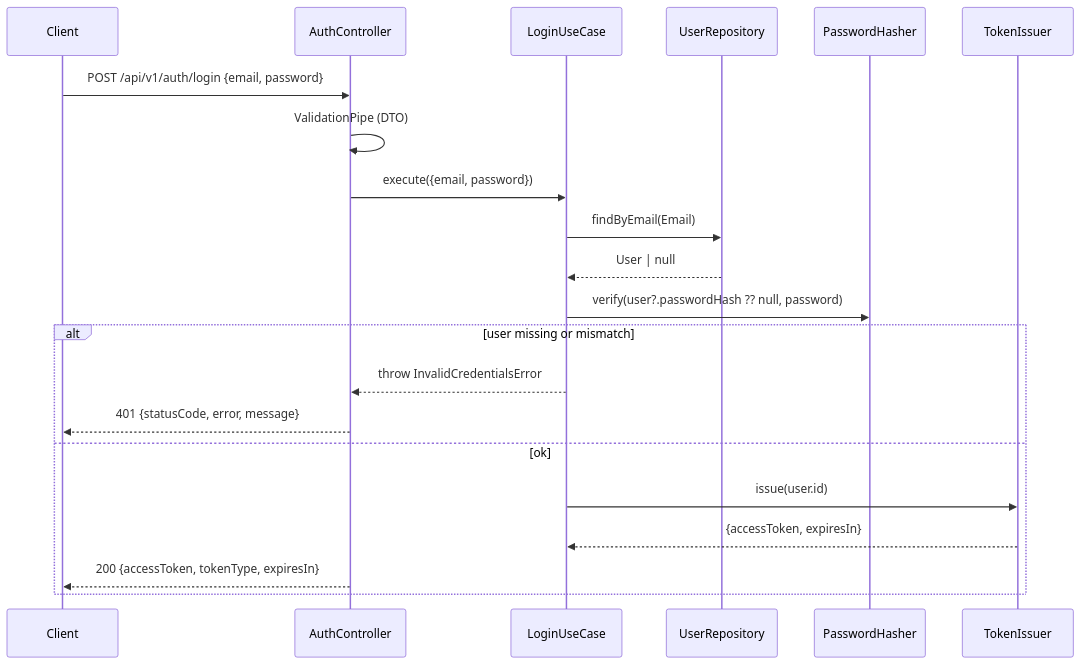
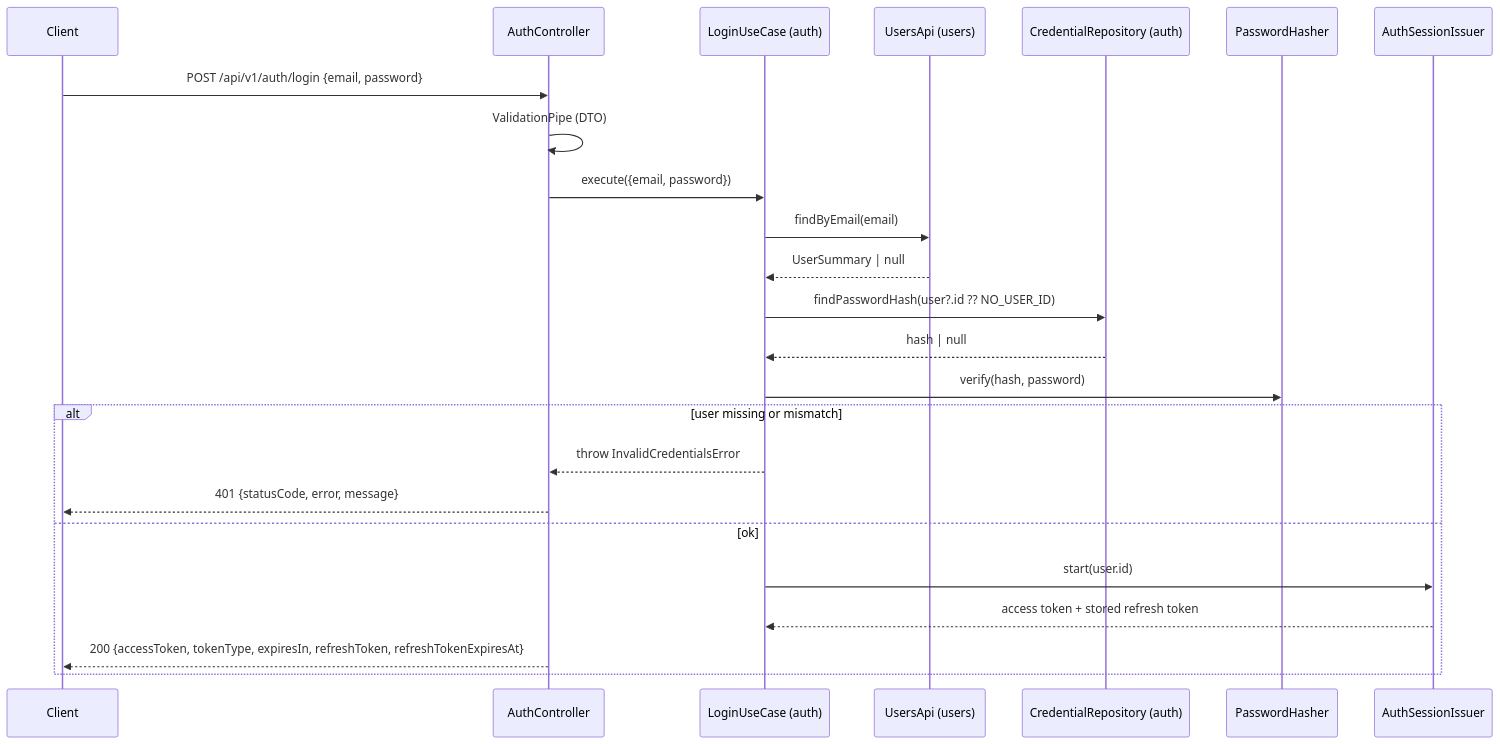
Before and after one commit to redbiiddsun/opsta-assignment: the diagram in docs/2-users-auth.md, drawn with Mermaid. The commit also changed other lines of this file and 59 other files, not shown here.

First line of the commit message:
refactor: split auth module out of users

````diff
--- a/docs/2-users-auth.md
+++ b/docs/2-users-auth.md
@@ -189,24 +270,27 @@
 ```mermaid
 sequenceDiagram
   participant C as Client
   participant Ctl as AuthController
-  participant UC as LoginUseCase
-  participant R as UserRepository
+  participant UC as LoginUseCase (auth)
+  participant U as UsersApi (users)
+  participant CR as CredentialRepository (auth)
   participant H as PasswordHasher
-  participant T as TokenIssuer
+  participant S as AuthSessionIssuer
 
   C->>Ctl: POST /api/v1/auth/login {email, password}
   Ctl->>Ctl: ValidationPipe (DTO)
   Ctl->>UC: execute({email, password})
-  UC->>R: findByEmail(Email)
-  R-->>UC: User | null
-  UC->>H: verify(user?.passwordHash ?? null, password)
+  UC->>U: findByEmail(email)
+  U-->>UC: UserSummary | null
+  UC->>CR: findPasswordHash(user?.id ?? NO_USER_ID)
+  CR-->>UC: hash | null
+  UC->>H: verify(hash, password)
   alt user missing or mismatch
     UC-->>Ctl: throw InvalidCredentialsError
     Ctl-->>C: 401 {statusCode, error, message}
   else ok
-    UC->>T: issue(user.id)
-    T-->>UC: {accessToken, expiresIn}
-    Ctl-->>C: 200 {accessToken, tokenType, expiresIn}
+    UC->>S: start(user.id)
+    S-->>UC: access token + stored refresh token
+    Ctl-->>C: 200 {accessToken, tokenType, expiresIn, refreshToken, refreshTokenExpiresAt}
   end
 ```
````
